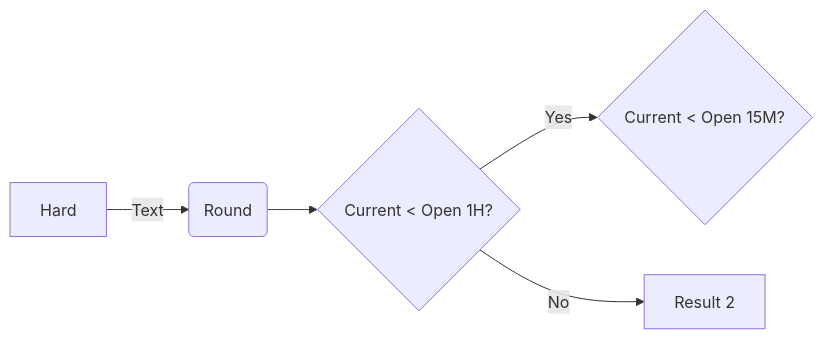
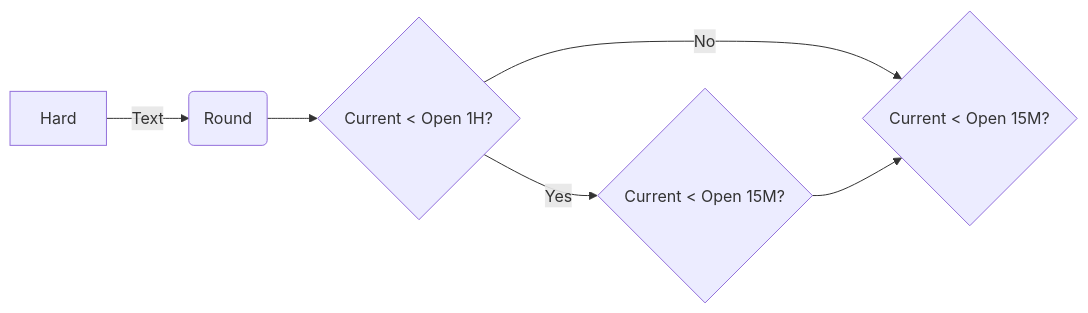
One commit to venoajie/MyApp changed the diagram in strategy_analysis.md. Above: the diagram before and after it, drawn with Mermaid.

````diff
--- a/strategy_analysis.md
+++ b/strategy_analysis.md
@@ -13,8 +13,10 @@
 ```mermaid
 flowchart LR
 
 A[Hard] -->|Text| B(Round)
 B --> C{Current < Open 1H?}
 C -->|Yes| D{Current < Open 15M?}
 C -->|No| E[Result 2]
+D --> E{Current < Open 15M?}
+
 ```
````
